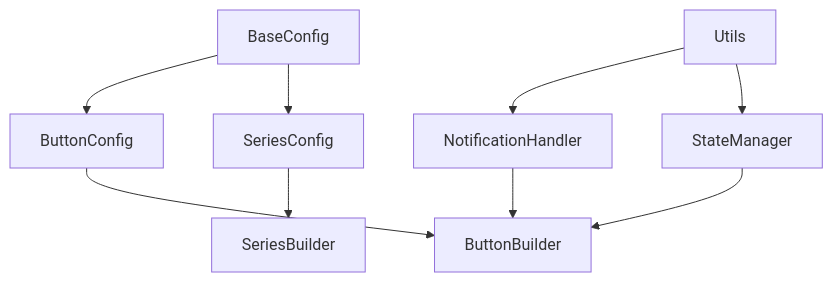
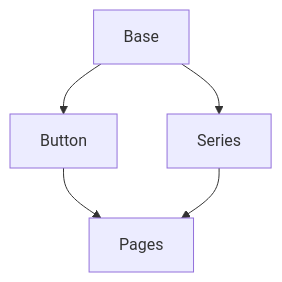
The first of 2 diagrams in memory-bank/systemPatterns.md (HadleyLab/nice), drawn with Mermaid before and after one commit. The commit also changed other lines of this file and 35 other files, not shown here.

````diff
--- a/memory-bank/systemPatterns.md
+++ b/memory-bank/systemPatterns.md
@@ -4,11 +4,7 @@
 ```mermaid
 flowchart TD
-    BaseConfig --> ButtonConfig
-    BaseConfig --> SeriesConfig
-    ButtonConfig --> ButtonBuilder
-    SeriesConfig --> SeriesBuilder
-    Utils --> NotificationHandler
-    Utils --> StateManager
-    NotificationHandler --> ButtonBuilder
-    StateManager --> ButtonBuilder
+    Base --> Button
+    Base --> Series
+    Button --> Pages
+    Series --> Pages
 ```
````
